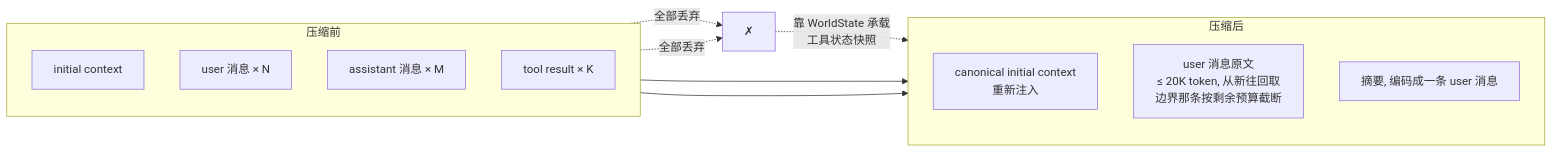
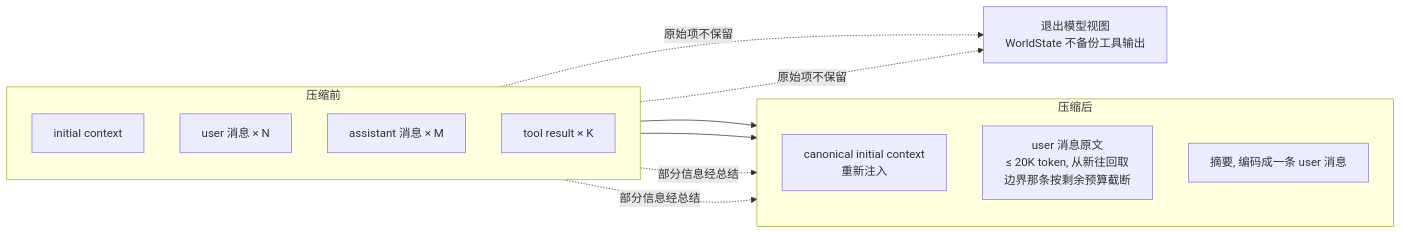
Diagram 13 of 19 in agent-context-compression/Agent_Context_Compression_Research.md (caiboyang/ML-learning), drawn with Mermaid before and after one commit. The commit also changed other lines of this file and 5 other files, not shown here.

First line of the commit message:
docs: 六章图解 Codex Harness、输入装配与上下文管理 (#30)

````diff
--- a/agent-context-compression/Agent_Context_Compression_Research.md
+++ b/agent-context-compression/Agent_Context_Compression_Research.md
@@ -1402,21 +1406,22 @@
 ```mermaid
 flowchart LR
     subgraph BEFORE["压缩前"]
         direction TB
         b1["initial context"]
         b2["user 消息 × N"]
         b3["assistant 消息 × M"]
         b4["tool result × K"]
     end
     subgraph AFTER["压缩后"]
         direction TB
         a1["canonical initial context<br/>重新注入"]
         a2["user 消息原文<br/>≤ 20K token, 从新往回取<br/>边界那条按剩余预算截断"]
         a3["摘要, 编码成一条 user 消息"]
     end
     b1 --> a1
     b2 --> a2
-    b3 -.->|"全部丢弃"| X["✗"]
-    b4 -.->|"全部丢弃"| X
-    X -.->|"靠 WorldState 承载<br/>工具状态快照"| a3
+    b3 -.->|"原始项不保留"| X["退出模型视图<br/>WorldState 不备份工具输出"]
+    b4 -.->|"原始项不保留"| X
+    b3 -.->|"部分信息经总结"| a3
+    b4 -.->|"部分信息经总结"| a3
 ```
````
